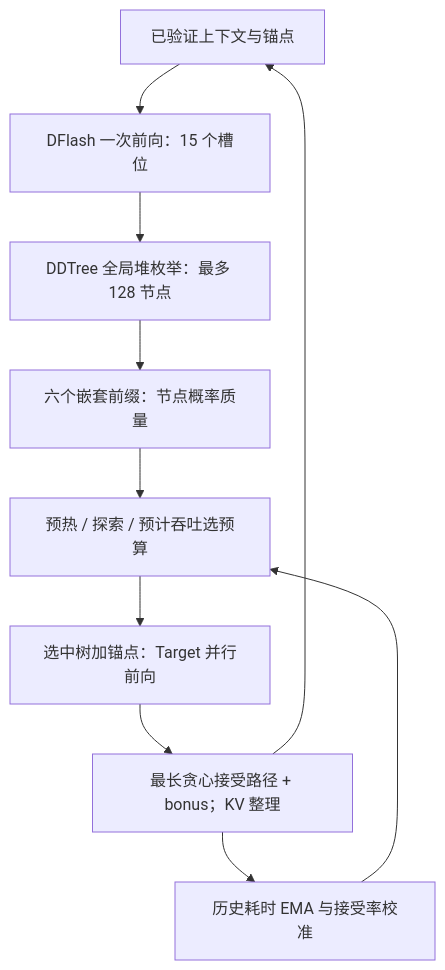
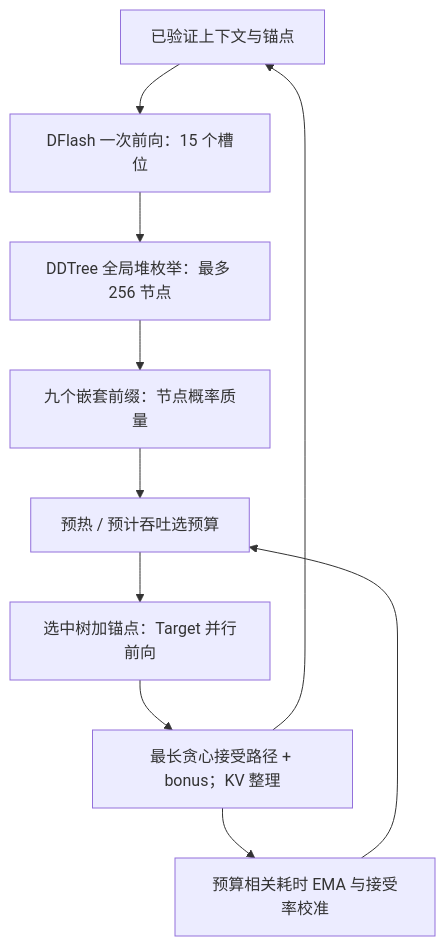
One commit to ink-polymer/speculative changed the diagram in adaptivetree_paper/docs/ADAPTIVE_DDTREE_METHOD.md. Above: the diagram before and after it, drawn with Mermaid. The commit also changed other lines of this file and 64 other files, not shown here.

````diff
--- a/adaptivetree_paper/docs/ADAPTIVE_DDTREE_METHOD.md
+++ b/adaptivetree_paper/docs/ADAPTIVE_DDTREE_METHOD.md
@@ -13,12 +17,12 @@
 ```mermaid
 flowchart TD
     A[已验证上下文与锚点] --> B[DFlash 一次前向：15 个槽位]
-    B --> C[DDTree 全局堆枚举：最多 128 节点]
-    C --> D[六个嵌套前缀：节点概率质量]
-    H[历史耗时 EMA 与接受率校准] --> E[预热 / 探索 / 预计吞吐选预算]
+    B --> C[DDTree 全局堆枚举：最多 256 节点]
+    C --> D[九个嵌套前缀：节点概率质量]
+    H[预算相关耗时 EMA 与接受率校准] --> E[预热 / 预计吞吐选预算]
     D --> E
     E --> F[选中树加锚点：Target 并行前向]
     F --> G[最长贪心接受路径 + bonus；KV 整理]
     G --> H
     G --> A
 ```
````
